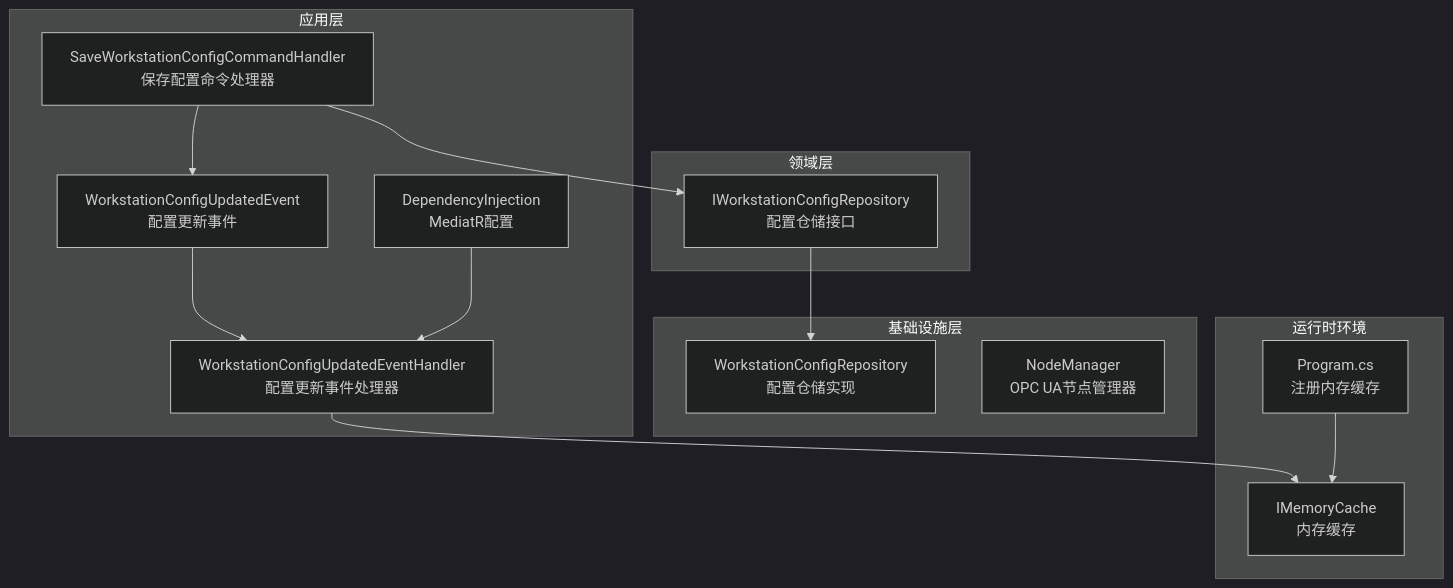
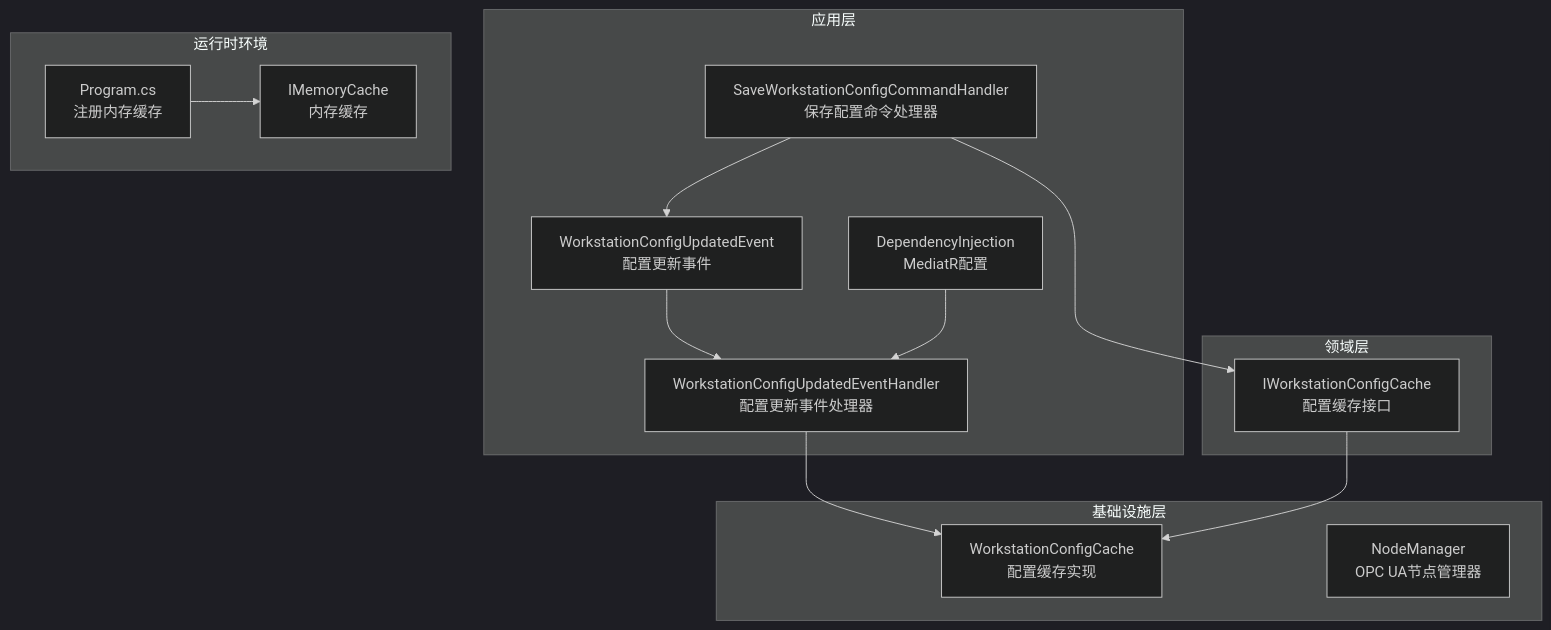
One commit to whitemousetl/IndustrialDataSolution changed the first of 5 diagrams in .qoder/repowiki/zh/content/应用服务层/缓存管理.md. Above: the diagram before and after it, drawn with Mermaid (dark theme). The commit also changed other lines of this file and 13 other files, not shown here.

````diff
--- a/.qoder/repowiki/zh/content/应用服务层/缓存管理.md
+++ b/.qoder/repowiki/zh/content/应用服务层/缓存管理.md
@@ -49,27 +53,27 @@
 ```mermaid
 graph TB
 subgraph "应用层"
 EVT["WorkstationConfigUpdatedEvent<br/>配置更新事件"]
 EH["WorkstationConfigUpdatedEventHandler<br/>配置更新事件处理器"]
 CMD["SaveWorkstationConfigCommandHandler<br/>保存配置命令处理器"]
 DI["DependencyInjection<br/>MediatR配置"]
 end
 subgraph "领域层"
-IR["IWorkstationConfigRepository<br/>配置仓储接口"]
+IC["IWorkstationConfigCache<br/>配置缓存接口"]
 end
 subgraph "基础设施层"
-R["WorkstationConfigRepository<br/>配置仓储实现"]
+WC["WorkstationConfigCache<br/>配置缓存实现"]
 NM["NodeManager<br/>OPC UA节点管理器"]
 end
 subgraph "运行时环境"
 MC["IMemoryCache<br/>内存缓存"]
 PRG["Program.cs<br/>注册内存缓存"]
 end
 CMD --> EVT
 EVT --> EH
-EH --> MC
-CMD --> IR
-IR --> R
+EH --> WC
+CMD --> IC
+IC --> WC
 PRG --> MC
 DI --> EH
 ```
````
